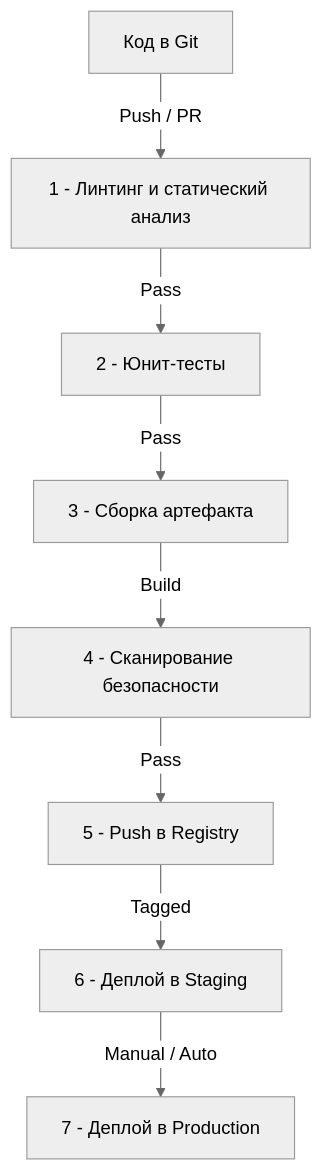
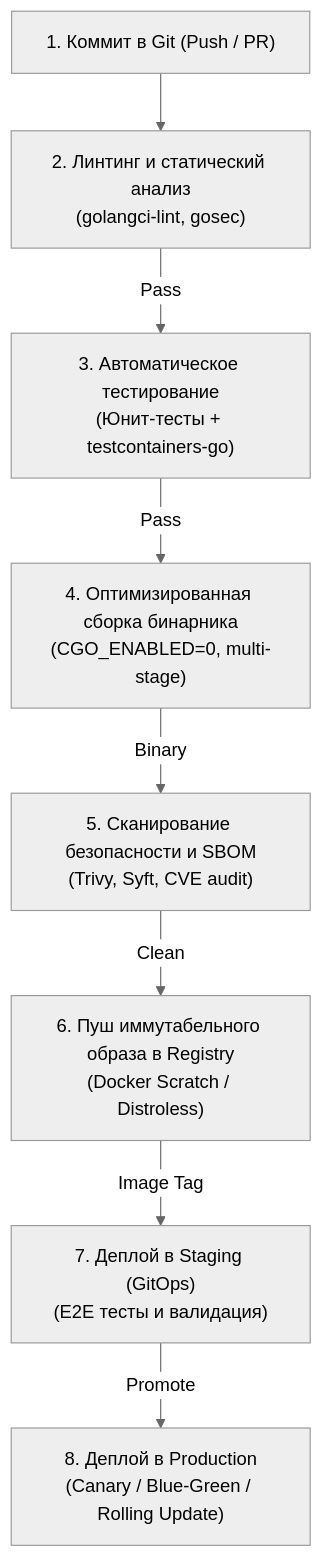
The diagram in sources/14. Распределенные системы на Go/08. Практика/4. CI_CD для микросервисов.md (UnrealTemplier/go-textbook), drawn with Mermaid (neutral theme) before and after one commit. The commit also changed other lines of this file, not shown here.

````diff
--- a/sources/14. Распределенные системы на Go/08. Практика/4. CI_CD для микросервисов.md
+++ b/sources/14. Распределенные системы на Go/08. Практика/4. CI_CD для микросервисов.md
@@ -7,10 +18,10 @@
 ```mermaid
 flowchart TD
-    A["Код в Git"] -->|"Push / PR"| B["1 - Линтинг и статический анализ"]
-    B -->|"Pass"| C["2 - Юнит-тесты"]
-    C -->|"Pass"| D["3 - Сборка артефакта"]
-    D -->|"Build"| E["4 - Сканирование безопасности"]
-    E -->|"Pass"| F["5 - Push в Registry"]
-    F -->|"Tagged"| G["6 - Деплой в Staging"]
-    G -->|"Manual / Auto"| H["7 - Деплой в Production"]
+    Git["1. Коммит в Git (Push / PR)"] --> Lint["2. Линтинг и статический анализ\n(golangci-lint, gosec)"]
+    Lint -->|"Pass"| Test["3. Автоматическое тестирование\n(Юнит-тесты + testcontainers-go)"]
+    Test -->|"Pass"| Build["4. Оптимизированная сборка бинарника\n(CGO_ENABLED=0, multi-stage)"]
+    Build -->|"Binary"| Sec["5. Сканирование безопасности и SBOM\n(Trivy, Syft, CVE audit)"]
+    Sec -->|"Clean"| Push["6. Пуш иммутабельного образа в Registry\n(Docker Scratch / Distroless)"]
+    Push -->|"Image Tag"| DeployStage["7. Деплой в Staging (GitOps)\n(E2E тесты и валидация)"]
+    DeployStage -->|"Promote"| DeployProd["8. Деплой в Production\n(Canary / Blue-Green / Rolling Update)"]
 ```
````
